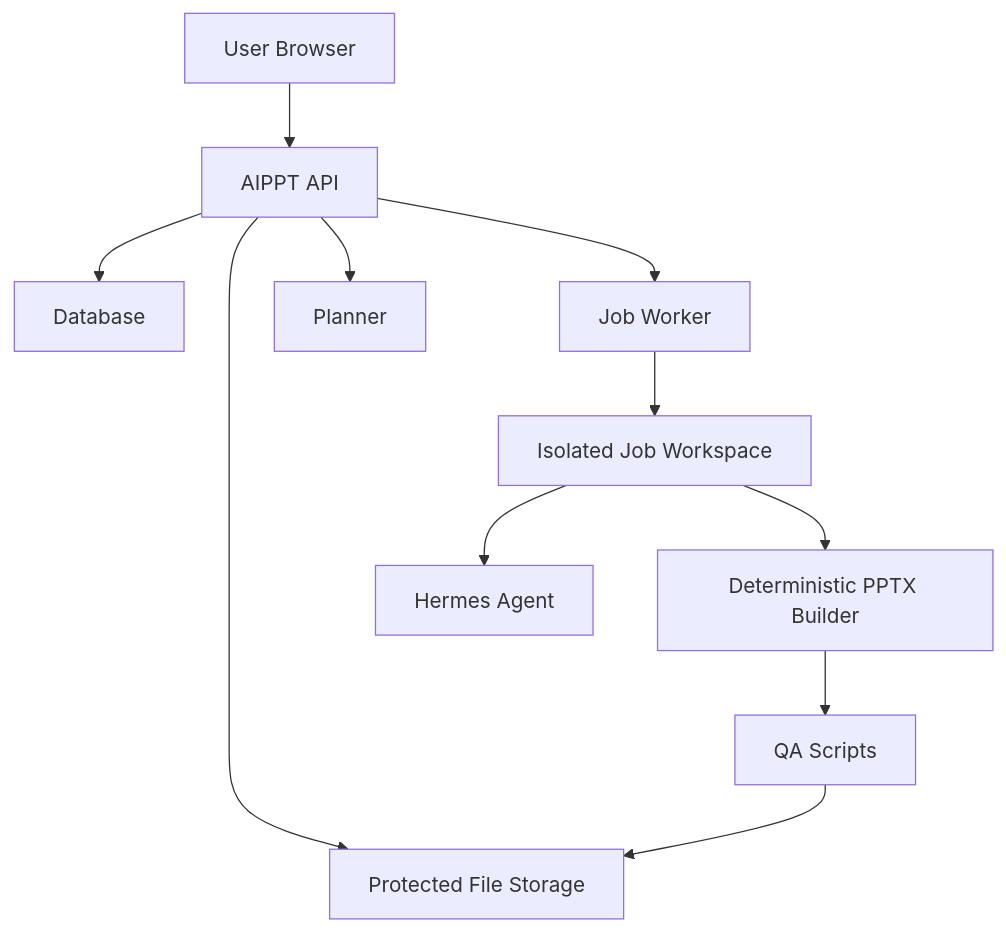
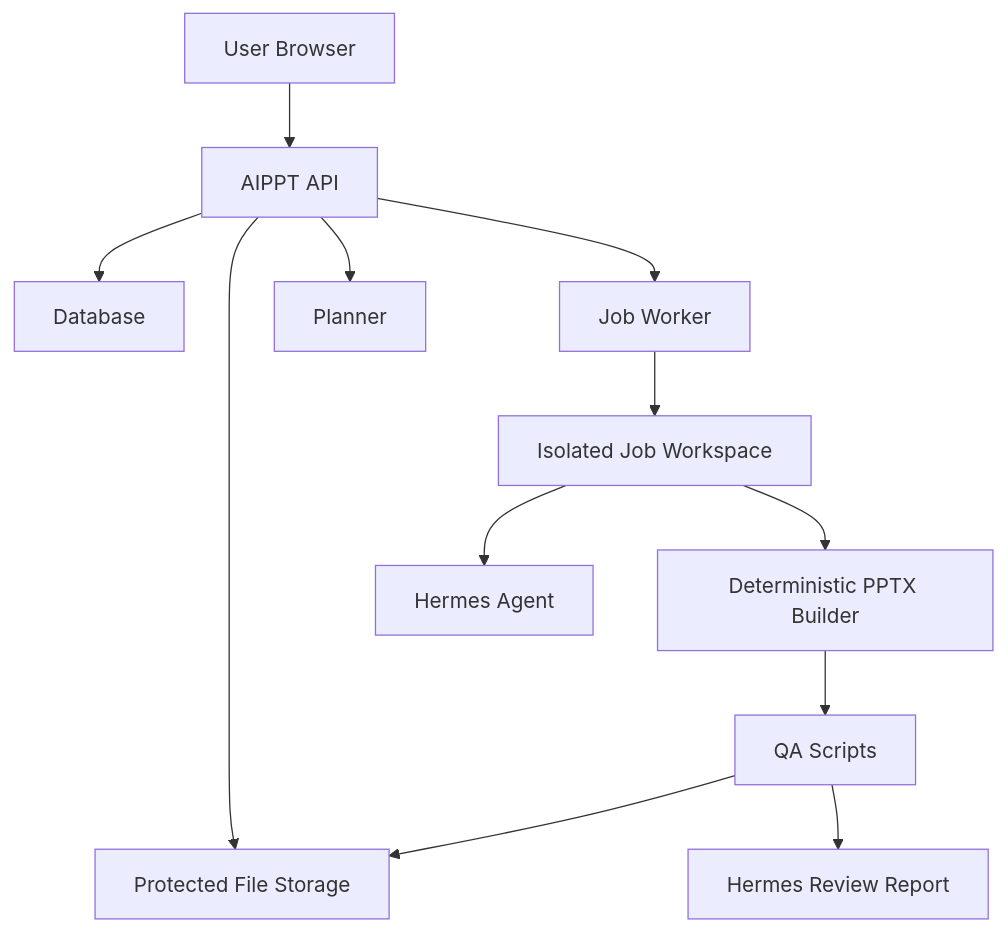
Before and after one commit to zephyr221/aippt: the diagram in docs/aippt_architecture.md, drawn with Mermaid. The commit also changed other lines of this file and 11 other files, not shown here.

Commit message:
Add non-destructive Hermes review jobs

````diff
--- a/docs/aippt_architecture.md
+++ b/docs/aippt_architecture.md
@@ -3,13 +3,14 @@
 ```mermaid
 flowchart TD
     U["User Browser"] --> API["AIPPT API"]
     API --> DB["Database"]
     API --> FS["Protected File Storage"]
     API --> Planner["Planner"]
     API --> Worker["Job Worker"]
-    Worker --> Workspace["Isolated Job Workspace"]
-    Workspace --> Hermes["Hermes Agent"]
-    Workspace --> Builder["Deterministic PPTX Builder"]
-    Builder --> QA["QA Scripts"]
-    QA --> FS
+Worker --> Workspace["Isolated Job Workspace"]
+Workspace --> Hermes["Hermes Agent"]
+Workspace --> Builder["Deterministic PPTX Builder"]
+Builder --> QA["QA Scripts"]
+QA --> FS
+QA --> Review["Hermes Review Report"]
 ```
````
